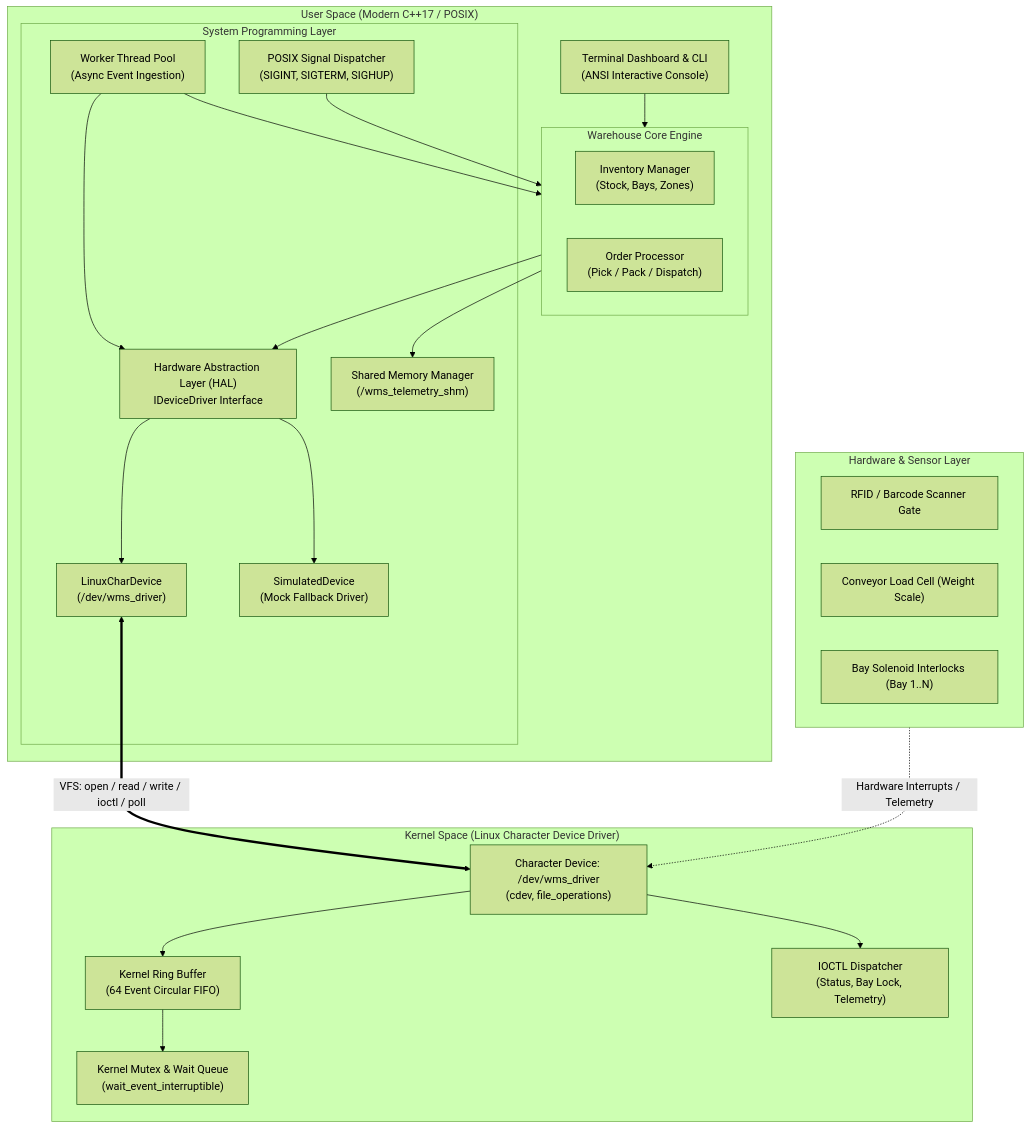
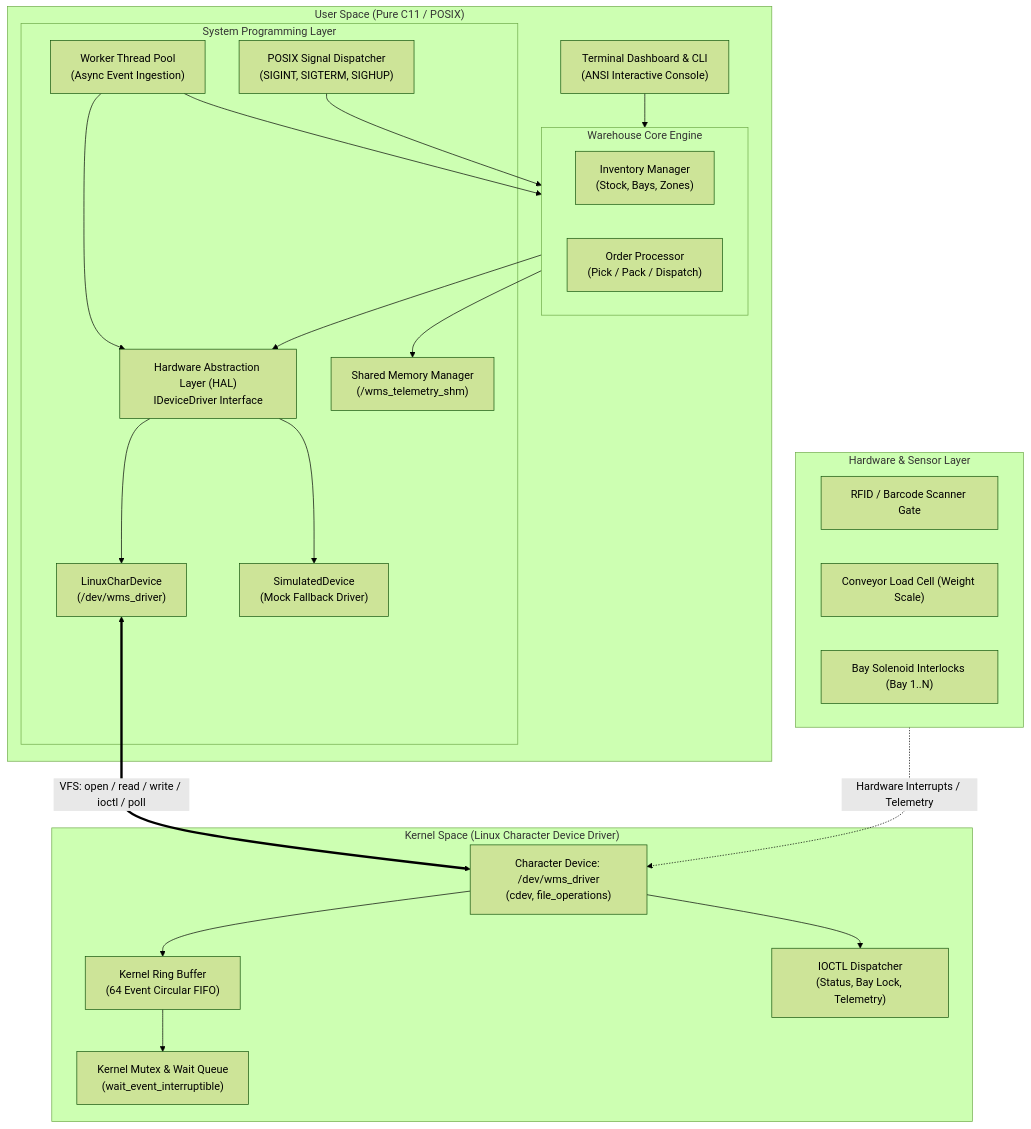
One commit to Parameshwar-Sahoo/warehouse-system-c changed the first of 4 diagrams in docs/STAGE3_SYSTEM_ARCHITECTURE.md. Above: the diagram before and after it, drawn with Mermaid (forest theme). The commit also changed other lines of this file and 6 other files, not shown here.

````diff
--- a/docs/STAGE3_SYSTEM_ARCHITECTURE.md
+++ b/docs/STAGE3_SYSTEM_ARCHITECTURE.md
@@ -12,49 +12,49 @@
 ```mermaid
 graph TD
-    subgraph UserSpace ["User Space (Modern C++17 / POSIX)"]
+    subgraph UserSpace ["User Space (Pure C11 / POSIX)"]
         UI["Terminal Dashboard & CLI\n(ANSI Interactive Console)"]
         
         subgraph CoreEngine ["Warehouse Core Engine"]
             IM["Inventory Manager\n(Stock, Bays, Zones)"]
             OP["Order Processor\n(Pick / Pack / Dispatch)"]
         end
         
         subgraph SystemLayer ["System Programming Layer"]
             HAL["Hardware Abstraction Layer (HAL)\nIDeviceDriver Interface"]
             LCD["LinuxCharDevice\n(/dev/wms_driver)"]
             SIM["SimulatedDevice\n(Mock Fallback Driver)"]
             SHM["Shared Memory Manager\n(/wms_telemetry_shm)"]
             SIG["POSIX Signal Dispatcher\n(SIGINT, SIGTERM, SIGHUP)"]
             Worker["Worker Thread Pool\n(Async Event Ingestion)"]
         end
         
         UI --> CoreEngine
         CoreEngine --> HAL
         Worker --> HAL
         Worker --> CoreEngine
         CoreEngine --> SHM
         SIG --> CoreEngine
         HAL --> LCD
         HAL --> SIM
     end
 
     subgraph KernelSpace ["Kernel Space (Linux Character Device Driver)"]
         CDev["Character Device: /dev/wms_driver\n(cdev, file_operations)"]
         RingBuf["Kernel Ring Buffer\n(64 Event Circular FIFO)"]
         KMutex["Kernel Mutex & Wait Queue\n(wait_event_interruptible)"]
         IOCTL_H["IOCTL Dispatcher\n(Status, Bay Lock, Telemetry)"]
         
         CDev --> RingBuf
         CDev --> IOCTL_H
         RingBuf --> KMutex
     end
 
     subgraph HardwareTier ["Hardware & Sensor Layer"]
         RFID["RFID / Barcode Scanner Gate"]
         Scale["Conveyor Load Cell (Weight Scale)"]
         Locks["Bay Solenoid Interlocks (Bay 1..N)"]
     end
 
     LCD <== "VFS: open / read / write / ioctl / poll" ==> CDev
     HardwareTier -. "Hardware Interrupts / Telemetry" .-> CDev
 ```
````
